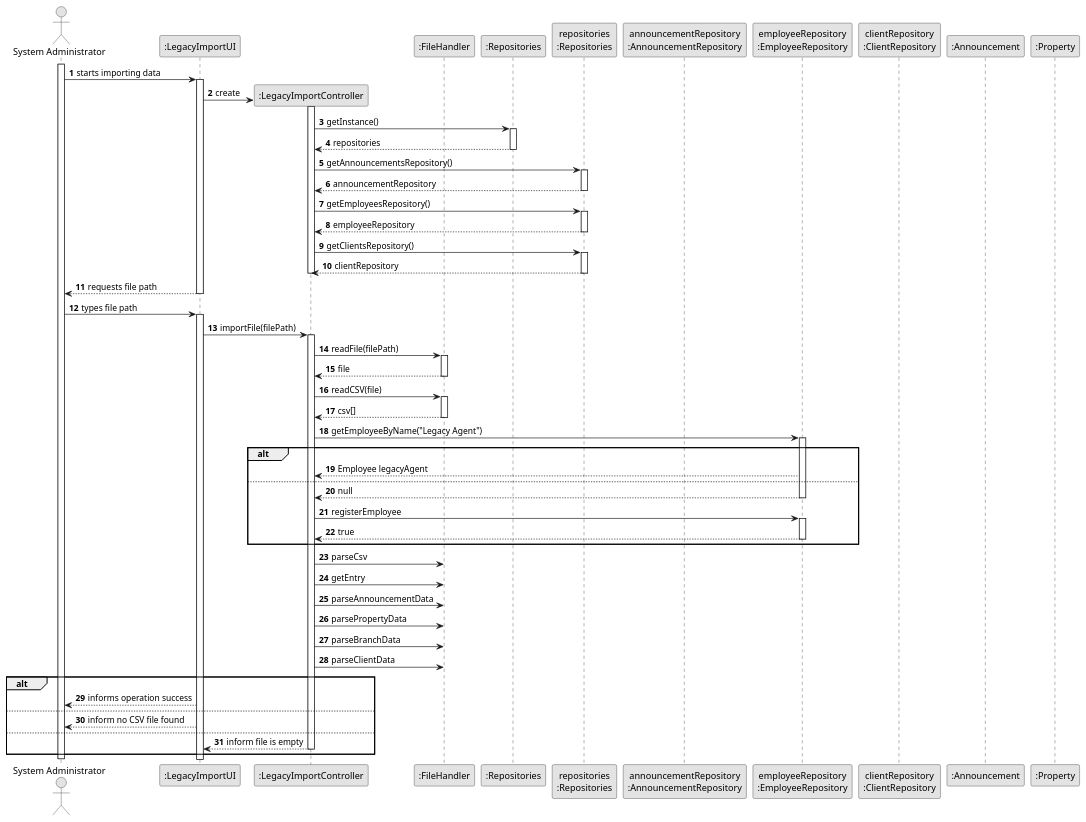
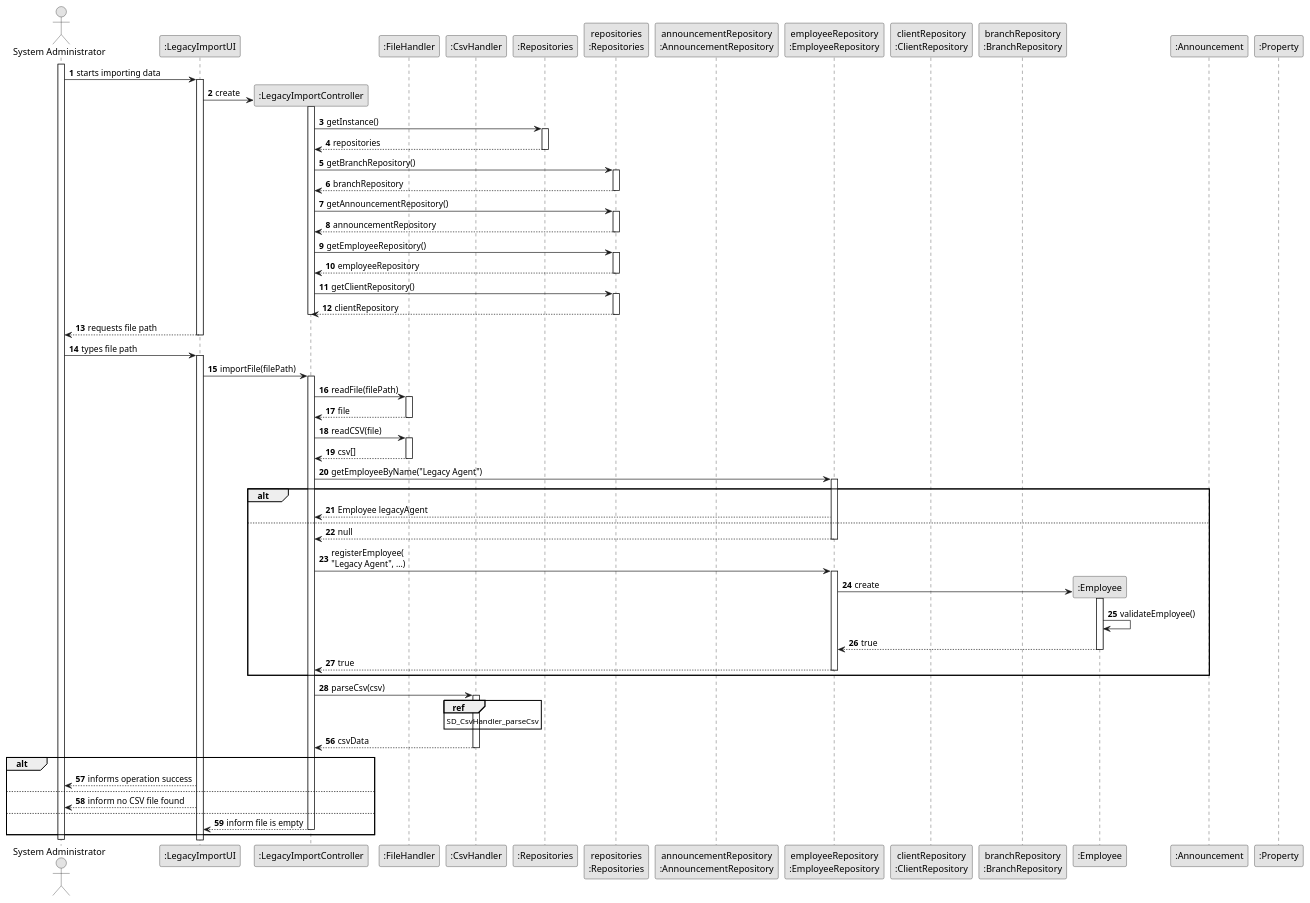
Before and after one commit to tiagohcorreia/LAPR2: the diagram in docs/sprintC/US012/03.design/puml/us012-sequence-diagram.puml, drawn with PlantUML. The commit also changed 6 other files, not shown here.

```diff
--- a/docs/sprintC/US012/03.design/puml/us012-sequence-diagram.puml
+++ b/docs/sprintC/US012/03.design/puml/us012-sequence-diagram.puml
@@ -1,89 +1,100 @@
 @startuml
 'https://plantuml.com/sequence-diagram
 
 skinparam monochrome true
 skinparam shadowing false
 autonumber
 
 actor "System Administrator" as sa
 participant ":LegacyImportUI" as ui
 participant ":LegacyImportController" as ctrl
 participant ":FileHandler" as fh
+participant ":CsvHandler" as ch
+
 participant ":Repositories" as repos
 participant "repositories\n:Repositories" as repositories
-participant "announcementRepository\n:AnnouncementRepository" as ARepo
-participant "employeeRepository\n:EmployeeRepository" as ERepo
-participant "clientRepository\n:ClientRepository" as CRepo
-participant ":Announcement" as announcement
-participant ":Property" as prop
+participant "announcementRepository\n:AnnouncementRepository" as AnnR
+participant "employeeRepository\n:EmployeeRepository" as EmpR
+participant "clientRepository\n:ClientRepository" as CliR
+participant "branchRepository\n:BranchRepository" as BraR
+participant ":Employee" as Emp
+participant ":Announcement" as Ann
+participant ":Property" as Pro
 
 activate sa
 sa -> ui: starts importing data
 activate ui
 ui -> ctrl**: create
 activate ctrl
 ctrl -> repos: getInstance()
 activate repos
 return repositories
 
-ctrl -> repositories: getAnnouncementsRepository()
+ctrl -> repositories: getBranchRepository()
+activate repositories
+return branchRepository
+
+ctrl -> repositories: getAnnouncementRepository()
 activate repositories
 return announcementRepository
 
-ctrl -> repositories: getEmployeesRepository()
+ctrl -> repositories: getEmployeeRepository()
 activate repositories
 return employeeRepository
 
-ctrl -> repositories: getClientsRepository()
+
+ctrl -> repositories: getClientRepository()
 activate repositories
 return clientRepository
 deactivate ctrl
 
 return requests file path
 
 sa -> ui: types file path
 activate ui
 
 ui -> ctrl: importFile(filePath)
 activate ctrl
 'ctrl -> fh**: create
 ctrl -> fh: readFile(filePath)
 activate fh
 return file
 
 ctrl -> fh: readCSV(file)
 activate fh
 return csv[]
 
-ctrl -> ERepo: getEmployeeByName("Legacy Agent")
-activate ERepo
+ctrl -> EmpR: getEmployeeByName("Legacy Agent")
+activate EmpR
 alt
-    ERepo --> ctrl: Employee legacyAgent
+    EmpR --> ctrl: Employee legacyAgent
 else
     return null
-    ctrl -> ERepo: registerEmployee
-    activate ERepo
+    ctrl -> EmpR: registerEmployee(\n"Legacy Agent", ...)
+    activate EmpR
+    EmpR -> Emp**: create
+    activate Emp
+    Emp -> Emp: validateEmployee()
+    return true
     return true
 end
 
 
-ctrl -> fh: parseCsv
-ctrl -> fh: getEntry
-ctrl -> fh: parseAnnouncementData
-ctrl -> fh: parsePropertyData
-ctrl -> fh: parseBranchData
-ctrl -> fh: parseClientData
-
+ctrl -> ch: parseCsv(csv)
+activate ch
+ref over ch: SD_CsvHandler_parseCsv
+autonumber 56
+return csvData
 
 alt
     ui --> sa: informs operation success
 else
     ui --> sa: inform no CSV file found
 else
     return inform file is empty
 
 end
 
 deactivate sa
 
 @enduml
```
